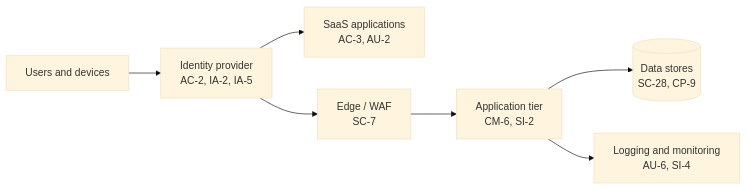
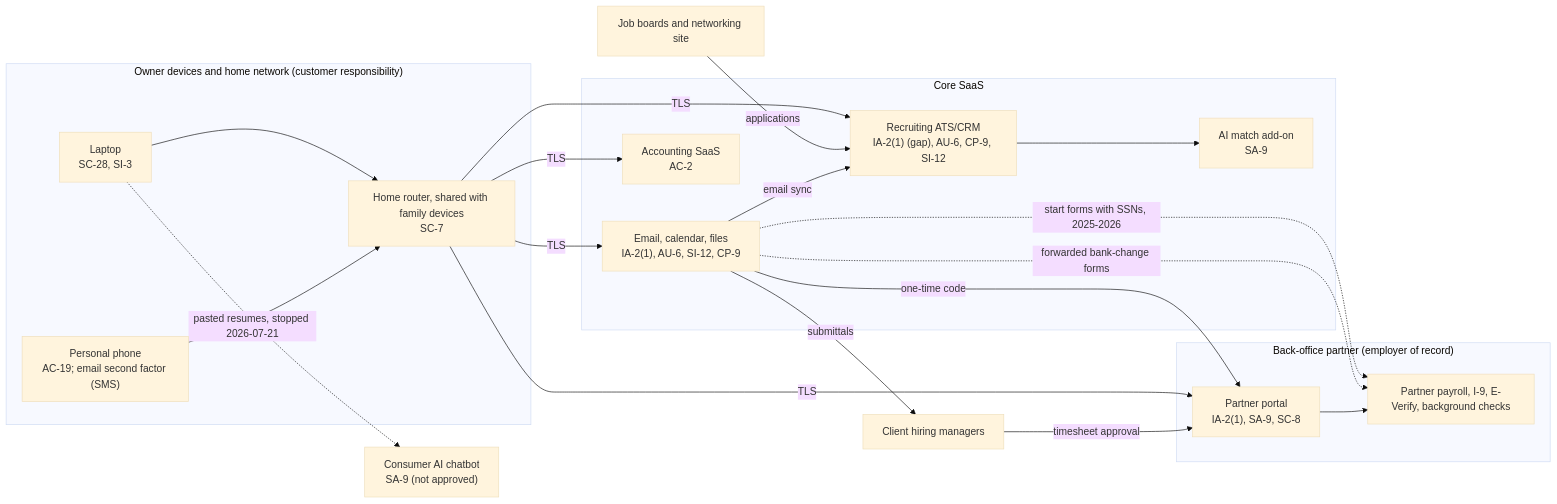
One commit to saint1415/GRC_Projects changed the diagram in 03_company-samples/admin-support-services/size-1_sole-proprietor_independent-recruiter/step-03_P04_cloud-control-mapping/cloud-architecture.md. Above: the diagram before and after it, drawn with Mermaid (base theme). The commit also changed other lines of this file and 82 other files, not shown here.

````diff
--- a/03_company-samples/admin-support-services/size-1_sole-proprietor_independent-recruiter/step-03_P04_cloud-control-mapping/cloud-architecture.md
+++ b/03_company-samples/admin-support-services/size-1_sole-proprietor_independent-recruiter/step-03_P04_cloud-control-mapping/cloud-architecture.md
@@ -7,9 +9,37 @@
 ```mermaid
 flowchart LR
-  users[Users and devices] --> idp[Identity provider<br/>AC-2, IA-2, IA-5]
-  idp --> saas[SaaS applications<br/>AC-3, AU-2]
-  idp --> edge[Edge / WAF<br/>SC-7]
-  edge --> app[Application tier<br/>CM-6, SI-2]
-  app --> data[(Data stores<br/>SC-28, CP-9)]
-  app --> log[Logging and monitoring<br/>AU-6, SI-4]
+  subgraph Owner["Owner devices and home network (customer responsibility)"]
+    L["Laptop<br/>SC-28, SI-3"]
+    P["Personal phone<br/>AC-19; email second factor (SMS)"]
+    R["Home router, shared with family devices<br/>SC-7"]
+  end
+  subgraph Core["Core SaaS"]
+    MAIL["Email, calendar, files<br/>IA-2(1), AU-6, SI-12, CP-9"]
+    ATS["Recruiting ATS/CRM<br/>IA-2(1) (gap), AU-6, CP-9, SI-12"]
+    AIM["AI match add-on<br/>SA-9"]
+    ACC["Accounting SaaS<br/>AC-2"]
+  end
+  subgraph Partner["Back-office partner (employer of record)"]
+    PORT["Partner portal<br/>IA-2(1), SA-9, SC-8"]
+    PAY["Partner payroll, I-9, E-Verify, background checks"]
+  end
+  CHAT["Consumer AI chatbot<br/>SA-9 (not approved)"]
+  JB["Job boards and networking site"]
+  CL["Client hiring managers"]
+  L --> R
+  P --> R
+  R -->|TLS| MAIL
+  R -->|TLS| ATS
+  R -->|TLS| PORT
+  R -->|TLS| ACC
+  JB -->|applications| ATS
+  ATS --> AIM
+  MAIL -->|email sync| ATS
+  MAIL -->|one-time code| PORT
+  MAIL -->|submittals| CL
+  MAIL -.->|start forms with SSNs, 2025-2026| PAY
+  MAIL -.->|forwarded bank-change forms| PAY
+  PORT --> PAY
+  CL -->|timesheet approval| PORT
+  L -.->|pasted resumes, stopped 2026-07-21| CHAT
 ```
````
